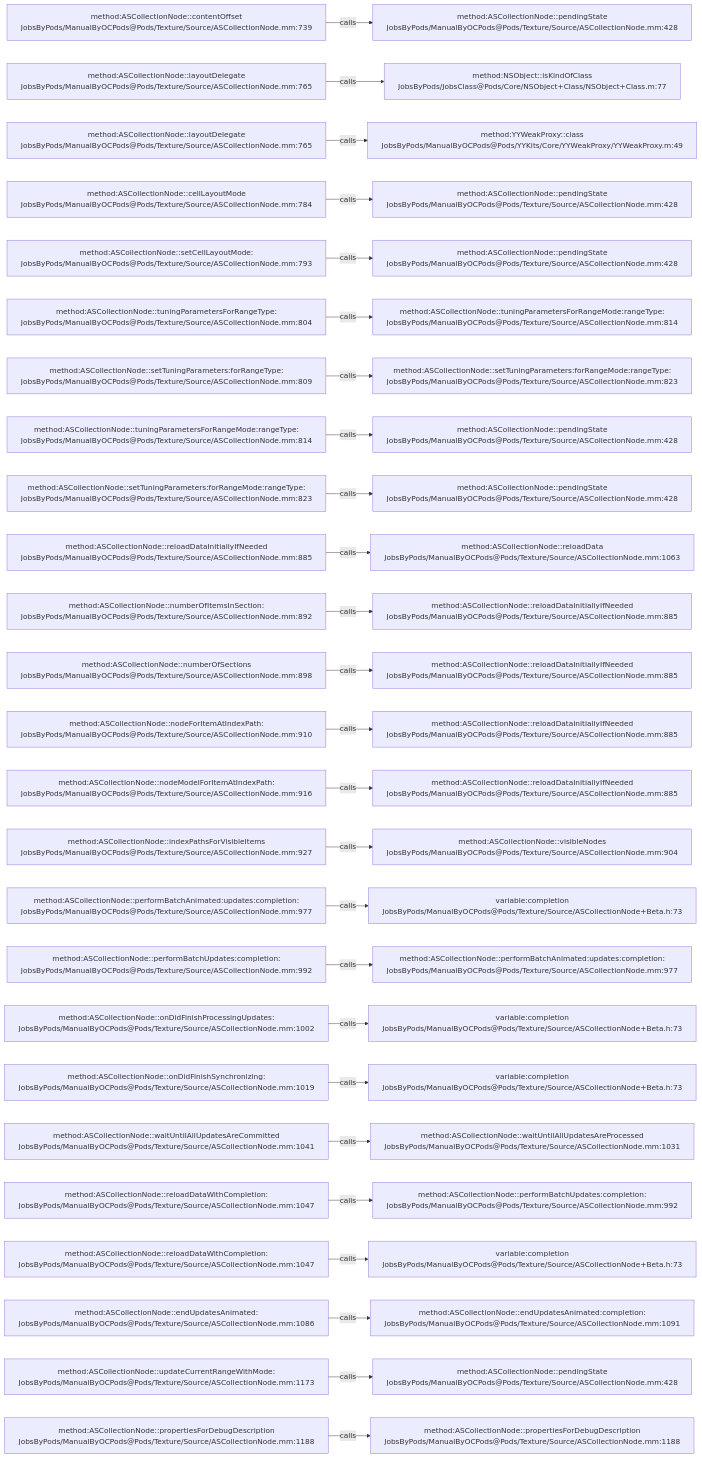
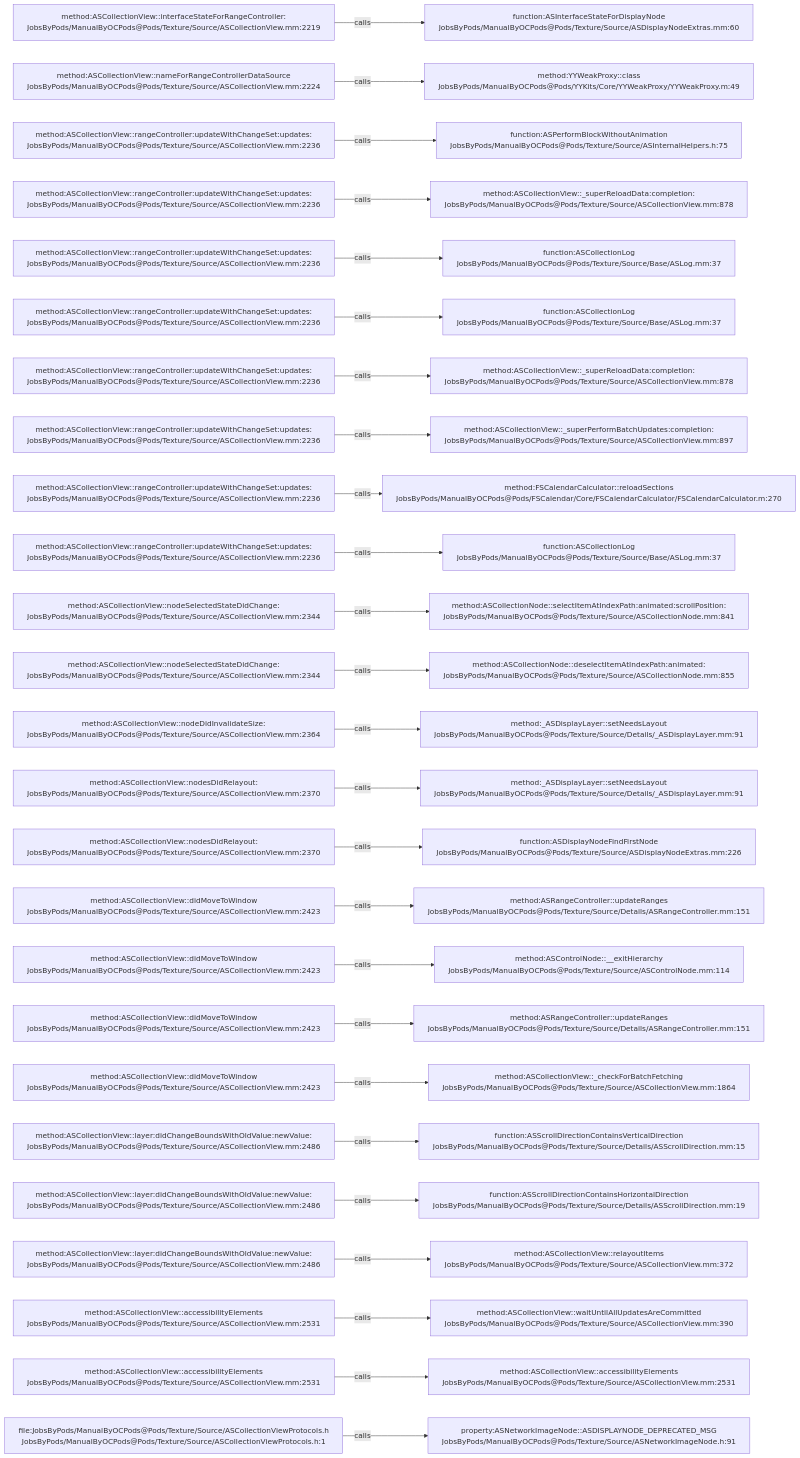
One commit to JobsKits/JobsOCBaseConfigDemo changed the diagram in .codegraph/codegraph.md/graphs/calls-086.md. Above: the diagram before and after it, drawn with Mermaid. The commit also changed 1223 other files, not shown here.

````diff
--- a/.codegraph/codegraph.md/graphs/calls-086.md
+++ b/.codegraph/codegraph.md/graphs/calls-086.md
@@ -13,78 +13,78 @@
 ```mermaid
 flowchart LR
-  S1["method:ASCollectionNode::contentOffset<br/>JobsByPods/ManualByOCPods@Pods/Texture/Source/ASCollectionNode.mm:739"]
-  T1["method:ASCollectionNode::pendingState<br/>JobsByPods/ManualByOCPods@Pods/Texture/Source/ASCollectionNode.mm:428"]
+  S1["method:ASCollectionView::interfaceStateForRangeController:<br/>JobsByPods/ManualByOCPods@Pods/Texture/Source/ASCollectionView.mm:2219"]
+  T1["function:ASInterfaceStateForDisplayNode<br/>JobsByPods/ManualByOCPods@Pods/Texture/Source/ASDisplayNodeExtras.mm:60"]
   S1 -->|calls| T1
-  S2["method:ASCollectionNode::layoutDelegate<br/>JobsByPods/ManualByOCPods@Pods/Texture/Source/ASCollectionNode.mm:765"]
-  T2["method:NSObject::isKindOfClass<br/>JobsByPods/JobsClass@Pods/Core/NSObject+Class/NSObject+Class.m:77"]
+  S2["method:ASCollectionView::nameForRangeControllerDataSource<br/>JobsByPods/ManualByOCPods@Pods/Texture/Source/ASCollectionView.mm:2224"]
+  T2["method:YYWeakProxy::class<br/>JobsByPods/ManualByOCPods@Pods/YYKits/Core/YYWeakProxy/YYWeakProxy.m:49"]
   S2 -->|calls| T2
-  S3["method:ASCollectionNode::layoutDelegate<br/>JobsByPods/ManualByOCPods@Pods/Texture/Source/ASCollectionNode.mm:765"]
-  T3["method:YYWeakProxy::class<br/>JobsByPods/ManualByOCPods@Pods/YYKits/Core/YYWeakProxy/YYWeakProxy.m:49"]
+  S3["method:ASCollectionView::rangeController:updateWithChangeSet:updates:<br/>JobsByPods/ManualByOCPods@Pods/Texture/Source/ASCollectionView.mm:2236"]
+  T3["function:ASPerformBlockWithoutAnimation<br/>JobsByPods/ManualByOCPods@Pods/Texture/Source/ASInternalHelpers.h:75"]
   S3 -->|calls| T3
-  S4["method:ASCollectionNode::cellLayoutMode<br/>JobsByPods/ManualByOCPods@Pods/Texture/Source/ASCollectionNode.mm:784"]
-  T4["method:ASCollectionNode::pendingState<br/>JobsByPods/ManualByOCPods@Pods/Texture/Source/ASCollectionNode.mm:428"]
+  S4["method:ASCollectionView::rangeController:updateWithChangeSet:updates:<br/>JobsByPods/ManualByOCPods@Pods/Texture/Source/ASCollectionView.mm:2236"]
+  T4["method:ASCollectionView::_superReloadData:completion:<br/>JobsByPods/ManualByOCPods@Pods/Texture/Source/ASCollectionView.mm:878"]
   S4 -->|calls| T4
-  S5["method:ASCollectionNode::setCellLayoutMode:<br/>JobsByPods/ManualByOCPods@Pods/Texture/Source/ASCollectionNode.mm:793"]
-  T5["method:ASCollectionNode::pendingState<br/>JobsByPods/ManualByOCPods@Pods/Texture/Source/ASCollectionNode.mm:428"]
+  S5["method:ASCollectionView::rangeController:updateWithChangeSet:updates:<br/>JobsByPods/ManualByOCPods@Pods/Texture/Source/ASCollectionView.mm:2236"]
+  T5["function:ASCollectionLog<br/>JobsByPods/ManualByOCPods@Pods/Texture/Source/Base/ASLog.mm:37"]
   S5 -->|calls| T5
-  S6["method:ASCollectionNode::tuningParametersForRangeType:<br/>JobsByPods/ManualByOCPods@Pods/Texture/Source/ASCollectionNode.mm:804"]
-  T6["method:ASCollectionNode::tuningParametersForRangeMode:rangeType:<br/>JobsByPods/ManualByOCPods@Pods/Texture/Source/ASCollectionNode.mm:814"]
+  S6["method:ASCollectionView::rangeController:updateWithChangeSet:updates:<br/>JobsByPods/ManualByOCPods@Pods/Texture/Source/ASCollectionView.mm:2236"]
+  T6["function:ASCollectionLog<br/>JobsByPods/ManualByOCPods@Pods/Texture/Source/Base/ASLog.mm:37"]
   S6 -->|calls| T6
-  S7["method:ASCollectionNode::setTuningParameters:forRangeType:<br/>JobsByPods/ManualByOCPods@Pods/Texture/Source/ASCollectionNode.mm:809"]
-  T7["method:ASCollectionNode::setTuningParameters:forRangeMode:rangeType:<br/>JobsByPods/ManualByOCPods@Pods/Texture/Source/ASCollectionNode.mm:823"]
+  S7["method:ASCollectionView::rangeController:updateWithChangeSet:updates:<br/>JobsByPods/ManualByOCPods@Pods/Texture/Source/ASCollectionView.mm:2236"]
+  T7["method:ASCollectionView::_superReloadData:completion:<br/>JobsByPods/ManualByOCPods@Pods/Texture/Source/ASCollectionView.mm:878"]
   S7 -->|calls| T7
-  S8["method:ASCollectionNode::tuningParametersForRangeMode:rangeType:<br/>JobsByPods/ManualByOCPods@Pods/Texture/Source/ASCollectionNode.mm:814"]
-  T8["method:ASCollectionNode::pendingState<br/>JobsByPods/ManualByOCPods@Pods/Texture/Source/ASCollectionNode.mm:428"]
+  S8["method:ASCollectionView::rangeController:updateWithChangeSet:updates:<br/>JobsByPods/ManualByOCPods@Pods/Texture/Source/ASCollectionView.mm:2236"]
+  T8["method:ASCollectionView::_superPerformBatchUpdates:completion:<br/>JobsByPods/ManualByOCPods@Pods/Texture/Source/ASCollectionView.mm:897"]
   S8 -->|calls| T8
-  S9["method:ASCollectionNode::setTuningParameters:forRangeMode:rangeType:<br/>JobsByPods/ManualByOCPods@Pods/Texture/Source/ASCollectionNode.mm:823"]
-  T9["method:ASCollectionNode::pendingState<br/>JobsByPods/ManualByOCPods@Pods/Texture/Source/ASCollectionNode.mm:428"]
+  S9["method:ASCollectionView::rangeController:updateWithChangeSet:updates:<br/>JobsByPods/ManualByOCPods@Pods/Texture/Source/ASCollectionView.mm:2236"]
+  T9["method:FSCalendarCalculator::reloadSections<br/>JobsByPods/ManualByOCPods@Pods/FSCalendar/Core/FSCalendarCalculator/FSCalendarCalculator.m:270"]
   S9 -->|calls| T9
-  S10["method:ASCollectionNode::reloadDataInitiallyIfNeeded<br/>JobsByPods/ManualByOCPods@Pods/Texture/Source/ASCollectionNode.mm:885"]
-  T10["method:ASCollectionNode::reloadData<br/>JobsByPods/ManualByOCPods@Pods/Texture/Source/ASCollectionNode.mm:1063"]
+  S10["method:ASCollectionView::rangeController:updateWithChangeSet:updates:<br/>JobsByPods/ManualByOCPods@Pods/Texture/Source/ASCollectionView.mm:2236"]
+  T10["function:ASCollectionLog<br/>JobsByPods/ManualByOCPods@Pods/Texture/Source/Base/ASLog.mm:37"]
   S10 -->|calls| T10
-  S11["method:ASCollectionNode::numberOfItemsInSection:<br/>JobsByPods/ManualByOCPods@Pods/Texture/Source/ASCollectionNode.mm:892"]
-  T11["method:ASCollectionNode::reloadDataInitiallyIfNeeded<br/>JobsByPods/ManualByOCPods@Pods/Texture/Source/ASCollectionNode.mm:885"]
+  S11["method:ASCollectionView::nodeSelectedStateDidChange:<br/>JobsByPods/ManualByOCPods@Pods/Texture/Source/ASCollectionView.mm:2344"]
+  T11["method:ASCollectionNode::selectItemAtIndexPath:animated:scrollPosition:<br/>JobsByPods/ManualByOCPods@Pods/Texture/Source/ASCollectionNode.mm:841"]
   S11 -->|calls| T11
-  S12["method:ASCollectionNode::numberOfSections<br/>JobsByPods/ManualByOCPods@Pods/Texture/Source/ASCollectionNode.mm:898"]
-  T12["method:ASCollectionNode::reloadDataInitiallyIfNeeded<br/>JobsByPods/ManualByOCPods@Pods/Texture/Source/ASCollectionNode.mm:885"]
+  S12["method:ASCollectionView::nodeSelectedStateDidChange:<br/>JobsByPods/ManualByOCPods@Pods/Texture/Source/ASCollectionView.mm:2344"]
+  T12["method:ASCollectionNode::deselectItemAtIndexPath:animated:<br/>JobsByPods/ManualByOCPods@Pods/Texture/Source/ASCollectionNode.mm:855"]
   S12 -->|calls| T12
-  S13["method:ASCollectionNode::nodeForItemAtIndexPath:<br/>JobsByPods/ManualByOCPods@Pods/Texture/Source/ASCollectionNode.mm:910"]
-  T13["method:ASCollectionNode::reloadDataInitiallyIfNeeded<br/>JobsByPods/ManualByOCPods@Pods/Texture/Source/ASCollectionNode.mm:885"]
+  S13["method:ASCollectionView::nodeDidInvalidateSize:<br/>JobsByPods/ManualByOCPods@Pods/Texture/Source/ASCollectionView.mm:2364"]
+  T13["method:_ASDisplayLayer::setNeedsLayout<br/>JobsByPods/ManualByOCPods@Pods/Texture/Source/Details/_ASDisplayLayer.mm:91"]
   S13 -->|calls| T13
-  S14["method:ASCollectionNode::nodeModelForItemAtIndexPath:<br/>JobsByPods/ManualByOCPods@Pods/Texture/Source/ASCollectionNode.mm:916"]
-  T14["method:ASCollectionNode::reloadDataInitiallyIfNeeded<br/>JobsByPods/ManualByOCPods@Pods/Texture/Source/ASCollectionNode.mm:885"]
+  S14["method:ASCollectionView::nodesDidRelayout:<br/>JobsByPods/ManualByOCPods@Pods/Texture/Source/ASCollectionView.mm:2370"]
+  T14["method:_ASDisplayLayer::setNeedsLayout<br/>JobsByPods/ManualByOCPods@Pods/Texture/Source/Details/_ASDisplayLayer.mm:91"]
   S14 -->|calls| T14
-  S15["method:ASCollectionNode::indexPathsForVisibleItems<br/>JobsByPods/ManualByOCPods@Pods/Texture/Source/ASCollectionNode.mm:927"]
-  T15["method:ASCollectionNode::visibleNodes<br/>JobsByPods/ManualByOCPods@Pods/Texture/Source/ASCollectionNode.mm:904"]
+  S15["method:ASCollectionView::nodesDidRelayout:<br/>JobsByPods/ManualByOCPods@Pods/Texture/Source/ASCollectionView.mm:2370"]
+  T15["function:ASDisplayNodeFindFirstNode<br/>JobsByPods/ManualByOCPods@Pods/Texture/Source/ASDisplayNodeExtras.mm:226"]
   S15 -->|calls| T15
-  S16["method:ASCollectionNode::performBatchAnimated:updates:completion:<br/>JobsByPods/ManualByOCPods@Pods/Texture/Source/ASCollectionNode.mm:977"]
-  T16["variable:completion<br/>JobsByPods/ManualByOCPods@Pods/Texture/Source/ASCollectionNode+Beta.h:73"]
+  S16["method:ASCollectionView::didMoveToWindow<br/>JobsByPods/ManualByOCPods@Pods/Texture/Source/ASCollectionView.mm:2423"]
+  T16["method:ASRangeController::updateRanges<br/>JobsByPods/ManualByOCPods@Pods/Texture/Source/Details/ASRangeController.mm:151"]
   S16 -->|calls| T16
-  S17["method:ASCollectionNode::performBatchUpdates:completion:<br/>JobsByPods/ManualByOCPods@Pods/Texture/Source/ASCollectionNode.mm:992"]
-  T17["method:ASCollectionNode::performBatchAnimated:updates:completion:<br/>JobsByPods/ManualByOCPods@Pods/Texture/Source/ASCollectionNode.mm:977"]
+  S17["method:ASCollectionView::didMoveToWindow<br/>JobsByPods/ManualByOCPods@Pods/Texture/Source/ASCollectionView.mm:2423"]
+  T17["method:ASControlNode::__exitHierarchy<br/>JobsByPods/ManualByOCPods@Pods/Texture/Source/ASControlNode.mm:114"]
   S17 -->|calls| T17
-  S18["method:ASCollectionNode::onDidFinishProcessingUpdates:<br/>JobsByPods/ManualByOCPods@Pods/Texture/Source/ASCollectionNode.mm:1002"]
-  T18["variable:completion<br/>JobsByPods/ManualByOCPods@Pods/Texture/Source/ASCollectionNode+Beta.h:73"]
+  S18["method:ASCollectionView::didMoveToWindow<br/>JobsByPods/ManualByOCPods@Pods/Texture/Source/ASCollectionView.mm:2423"]
+  T18["method:ASRangeController::updateRanges<br/>JobsByPods/ManualByOCPods@Pods/Texture/Source/Details/ASRangeController.mm:151"]
   S18 -->|calls| T18
-  S19["method:ASCollectionNode::onDidFinishSynchronizing:<br/>JobsByPods/ManualByOCPods@Pods/Texture/Source/ASCollectionNode.mm:1019"]
-  T19["variable:completion<br/>JobsByPods/ManualByOCPods@Pods/Texture/Source/ASCollectionNode+Beta.h:73"]
+  S19["method:ASCollectionView::didMoveToWindow<br/>JobsByPods/ManualByOCPods@Pods/Texture/Source/ASCollectionView.mm:2423"]
+  T19["method:ASCollectionView::_checkForBatchFetching<br/>JobsByPods/ManualByOCPods@Pods/Texture/Source/ASCollectionView.mm:1864"]
   S19 -->|calls| T19
-  S20["method:ASCollectionNode::waitUntilAllUpdatesAreCommitted<br/>JobsByPods/ManualByOCPods@Pods/Texture/Source/ASCollectionNode.mm:1041"]
-  T20["method:ASCollectionNode::waitUntilAllUpdatesAreProcessed<br/>JobsByPods/ManualByOCPods@Pods/Texture/Source/ASCollectionNode.mm:1031"]
+  S20["method:ASCollectionView::layer:didChangeBoundsWithOldValue:newValue:<br/>JobsByPods/ManualByOCPods@Pods/Texture/Source/ASCollectionView.mm:2486"]
+  T20["function:ASScrollDirectionContainsVerticalDirection<br/>JobsByPods/ManualByOCPods@Pods/Texture/Source/Details/ASScrollDirection.mm:15"]
   S20 -->|calls| T20
-  S21["method:ASCollectionNode::reloadDataWithCompletion:<br/>JobsByPods/ManualByOCPods@Pods/Texture/Source/ASCollectionNode.mm:1047"]
-  T21["method:ASCollectionNode::performBatchUpdates:completion:<br/>JobsByPods/ManualByOCPods@Pods/Texture/Source/ASCollectionNode.mm:992"]
+  S21["method:ASCollectionView::layer:didChangeBoundsWithOldValue:newValue:<br/>JobsByPods/ManualByOCPods@Pods/Texture/Source/ASCollectionView.mm:2486"]
+  T21["function:ASScrollDirectionContainsHorizontalDirection<br/>JobsByPods/ManualByOCPods@Pods/Texture/Source/Details/ASScrollDirection.mm:19"]
   S21 -->|calls| T21
-  S22["method:ASCollectionNode::reloadDataWithCompletion:<br/>JobsByPods/ManualByOCPods@Pods/Texture/Source/ASCollectionNode.mm:1047"]
-  T22["variable:completion<br/>JobsByPods/ManualByOCPods@Pods/Texture/Source/ASCollectionNode+Beta.h:73"]
+  S22["method:ASCollectionView::layer:didChangeBoundsWithOldValue:newValue:<br/>JobsByPods/ManualByOCPods@Pods/Texture/Source/ASCollectionView.mm:2486"]
+  T22["method:ASCollectionView::relayoutItems<br/>JobsByPods/ManualByOCPods@Pods/Texture/Source/ASCollectionView.mm:372"]
   S22 -->|calls| T22
-  S23["method:ASCollectionNode::endUpdatesAnimated:<br/>JobsByPods/ManualByOCPods@Pods/Texture/Source/ASCollectionNode.mm:1086"]
-  T23["method:ASCollectionNode::endUpdatesAnimated:completion:<br/>JobsByPods/ManualByOCPods@Pods/Texture/Source/ASCollectionNode.mm:1091"]
+  S23["method:ASCollectionView::accessibilityElements<br/>JobsByPods/ManualByOCPods@Pods/Texture/Source/ASCollectionView.mm:2531"]
+  T23["method:ASCollectionView::waitUntilAllUpdatesAreCommitted<br/>JobsByPods/ManualByOCPods@Pods/Texture/Source/ASCollectionView.mm:390"]
   S23 -->|calls| T23
-  S24["method:ASCollectionNode::updateCurrentRangeWithMode:<br/>JobsByPods/ManualByOCPods@Pods/Texture/Source/ASCollectionNode.mm:1173"]
-  T24["method:ASCollectionNode::pendingState<br/>JobsByPods/ManualByOCPods@Pods/Texture/Source/ASCollectionNode.mm:428"]
+  S24["method:ASCollectionView::accessibilityElements<br/>JobsByPods/ManualByOCPods@Pods/Texture/Source/ASCollectionView.mm:2531"]
+  T24["method:ASCollectionView::accessibilityElements<br/>JobsByPods/ManualByOCPods@Pods/Texture/Source/ASCollectionView.mm:2531"]
   S24 -->|calls| T24
-  S25["method:ASCollectionNode::propertiesForDebugDescription<br/>JobsByPods/ManualByOCPods@Pods/Texture/Source/ASCollectionNode.mm:1188"]
-  T25["method:ASCollectionNode::propertiesForDebugDescription<br/>JobsByPods/ManualByOCPods@Pods/Texture/Source/ASCollectionNode.mm:1188"]
+  S25["file:JobsByPods/ManualByOCPods@Pods/Texture/Source/ASCollectionViewProtocols.h<br/>JobsByPods/ManualByOCPods@Pods/Texture/Source/ASCollectionViewProtocols.h:1"]
+  T25["property:ASNetworkImageNode::ASDISPLAYNODE_DEPRECATED_MSG<br/>JobsByPods/ManualByOCPods@Pods/Texture/Source/ASNetworkImageNode.h:91"]
   S25 -->|calls| T25
 ```
````
